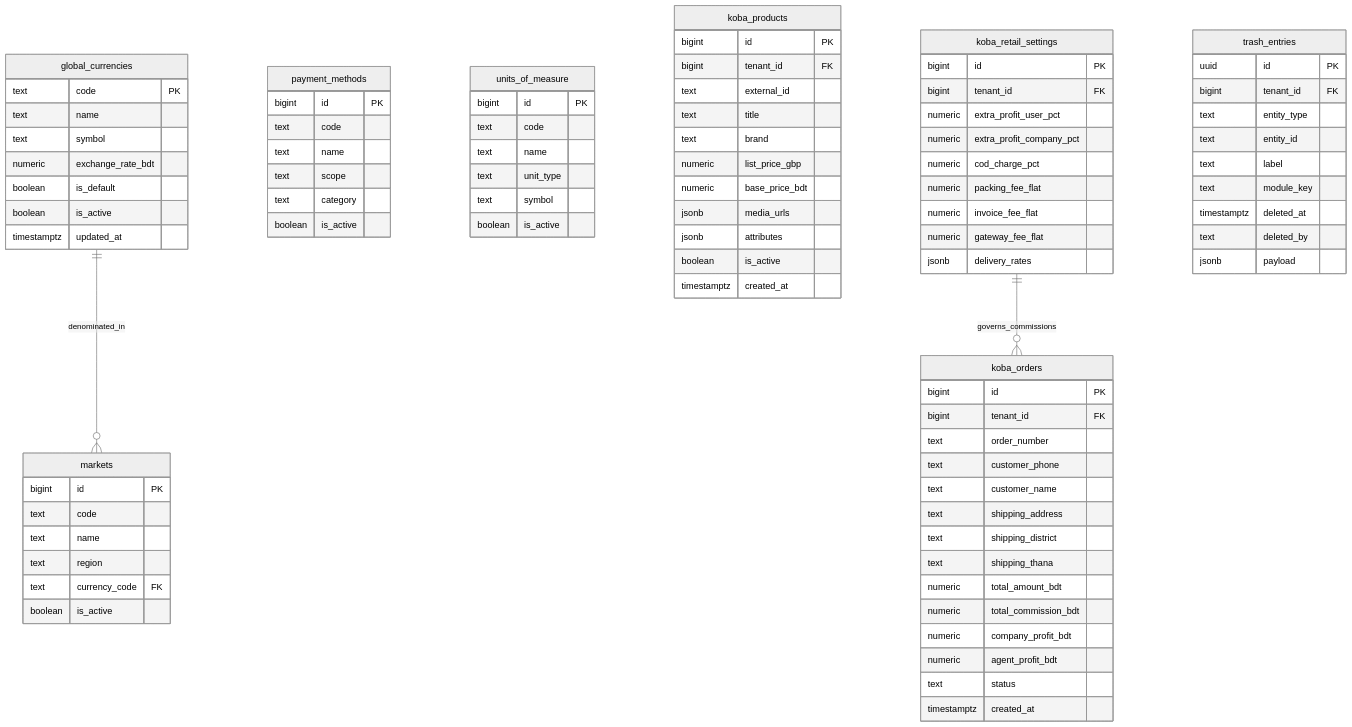
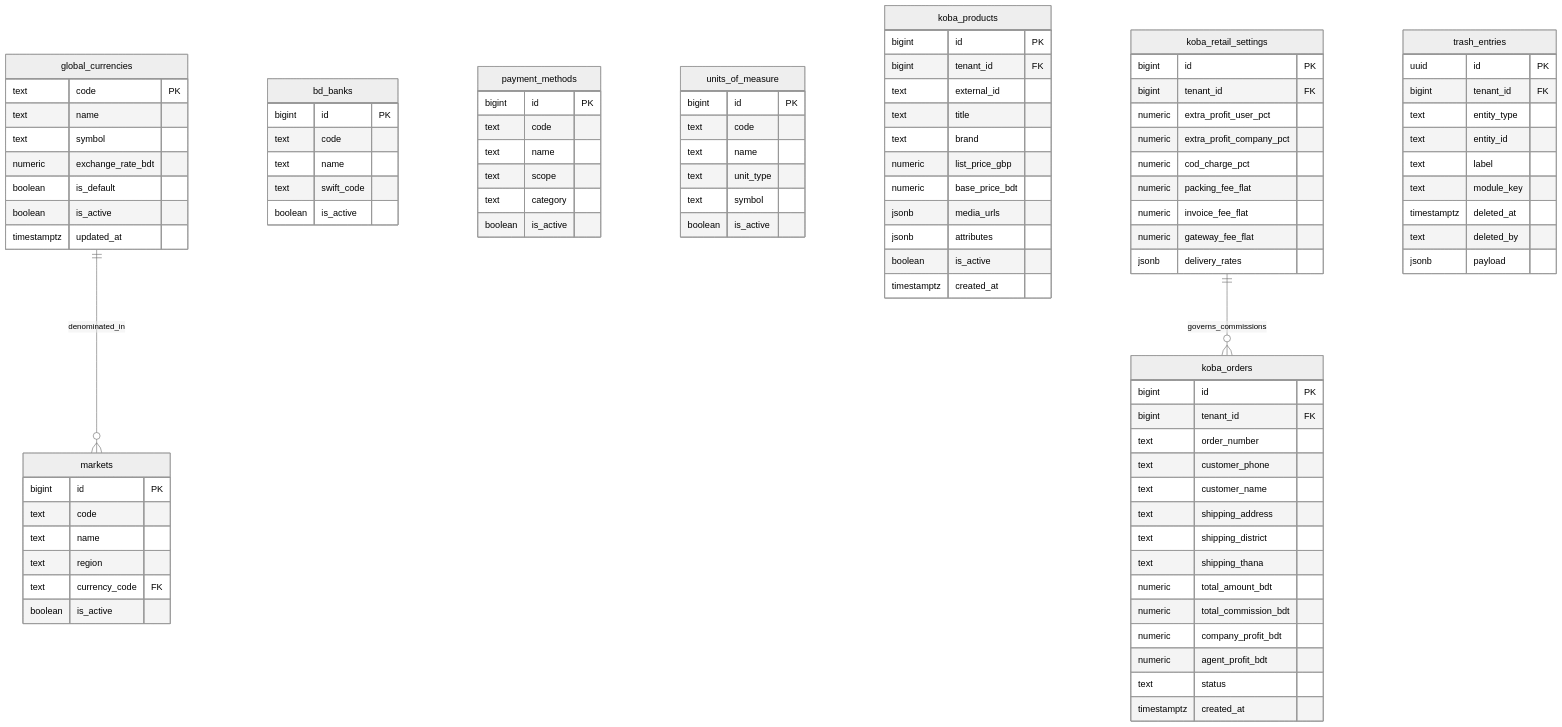
One commit to david-git-2/brandwala-wholesale-quasar-v2 changed the diagram in docs/features/global_reference/02-data-model.md. Above: the diagram before and after it, drawn with Mermaid (neutral theme). The commit also changed other lines of this file and 71 other files, not shown here.

```diff
--- a/docs/features/global_reference/02-data-model.md
+++ b/docs/features/global_reference/02-data-model.md
@@ -20,6 +20,14 @@
         text name
         text region
         text currency_code FK
+        boolean is_active
+    }
+
+    bd_banks {
+        bigint id PK
+        text code
+        text name
+        text swift_code
         boolean is_active
     }
 
```
